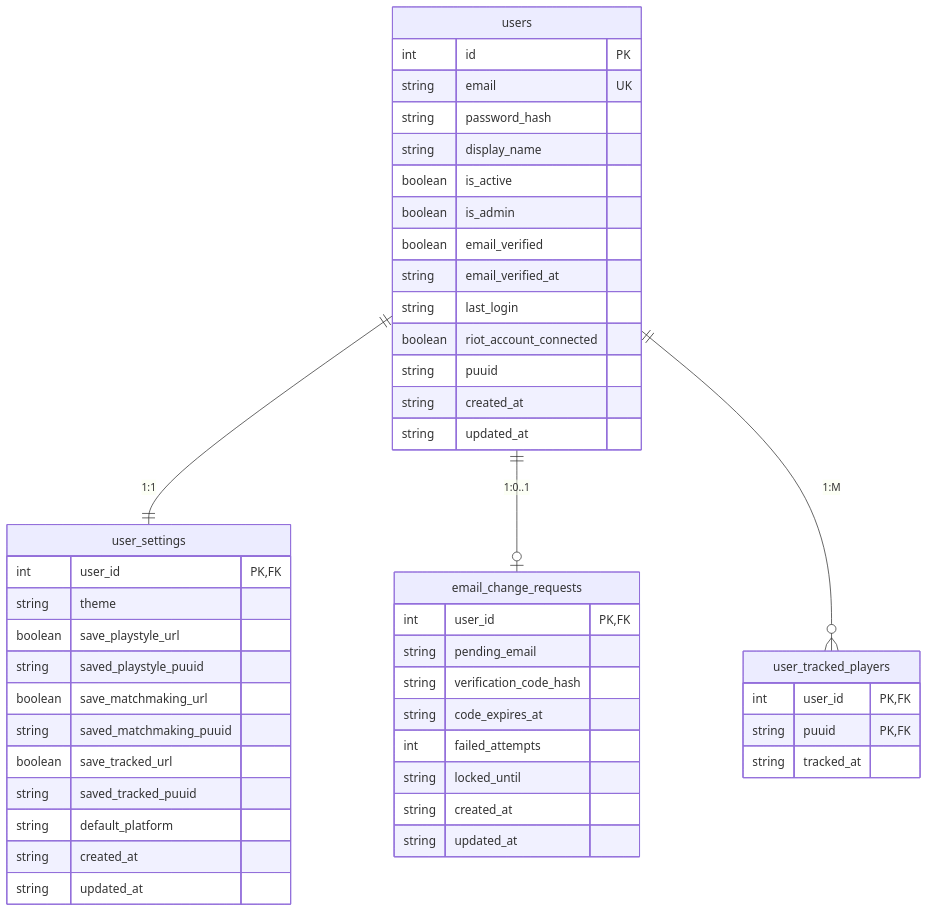
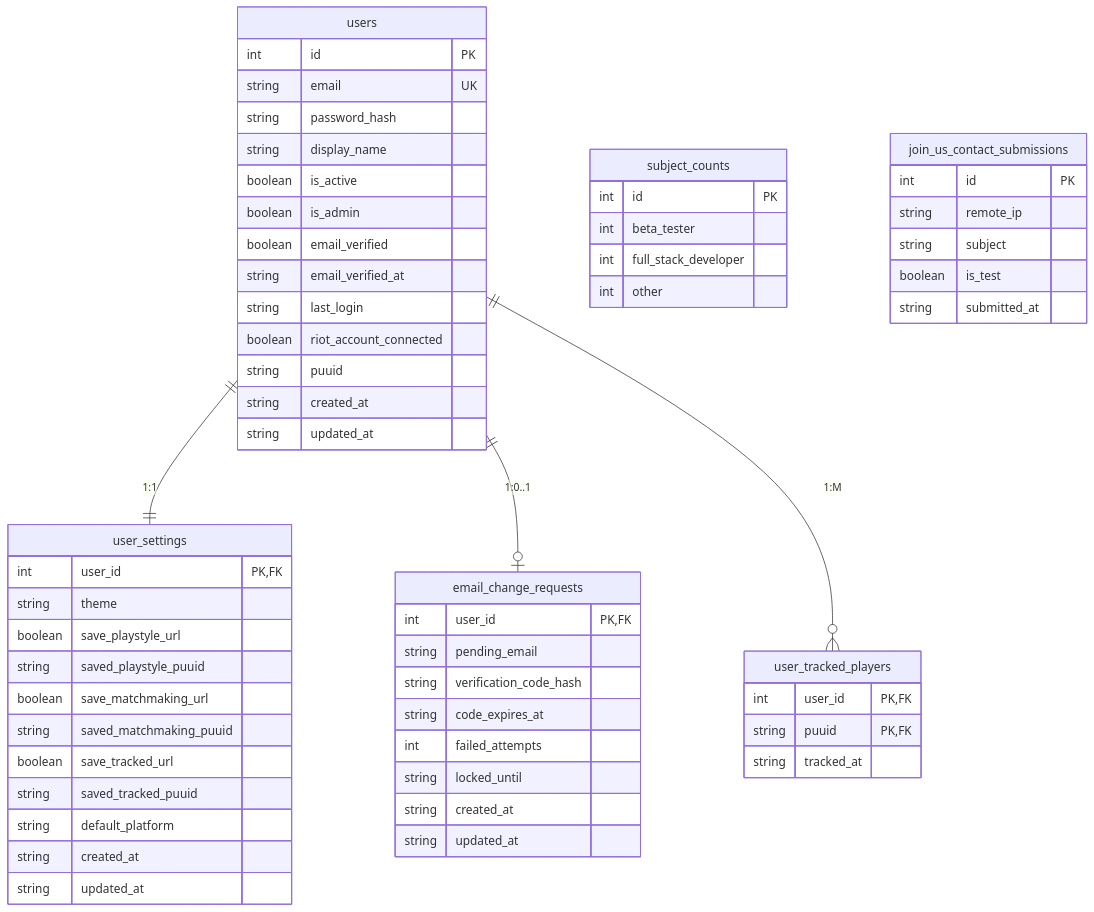
Before and after one commit to matejkadlec/league-analysis: the first of 3 diagrams in docs/database.md, drawn with Mermaid. The commit also changed other lines of this file and 24 other files, not shown here.

````diff
--- a/docs/database.md
+++ b/docs/database.md
@@ -15,53 +15,68 @@
 ```mermaid
 erDiagram
     users ||--|| user_settings : "1:1"
     users ||--o| email_change_requests : "1:0..1"
     users ||--o{ user_tracked_players : "1:M"
 
     users {
         int id PK
         string email UK
         string password_hash
         string display_name
         boolean is_active
         boolean is_admin
         boolean email_verified
         string email_verified_at
         string last_login
         boolean riot_account_connected
         string puuid
         string created_at
         string updated_at
     }
 
     user_settings {
         int user_id PK, FK
         string theme
         boolean save_playstyle_url
         string saved_playstyle_puuid
         boolean save_matchmaking_url
         string saved_matchmaking_puuid
         boolean save_tracked_url
         string saved_tracked_puuid
         string default_platform
         string created_at
         string updated_at
     }
 
     user_tracked_players {
         int user_id PK, FK
         string puuid PK, FK
         string tracked_at
     }
 
     email_change_requests {
         int user_id PK, FK
         string pending_email
         string verification_code_hash
         string code_expires_at
         int failed_attempts
         string locked_until
         string created_at
         string updated_at
     }
+
+    subject_counts {
+        int id PK
+        int beta_tester
+        int full_stack_developer
+        int other
+    }
+
+    join_us_contact_submissions {
+        int id PK
+        string remote_ip
+        string subject
+        boolean is_test
+        string submitted_at
+    }
 ```
````
